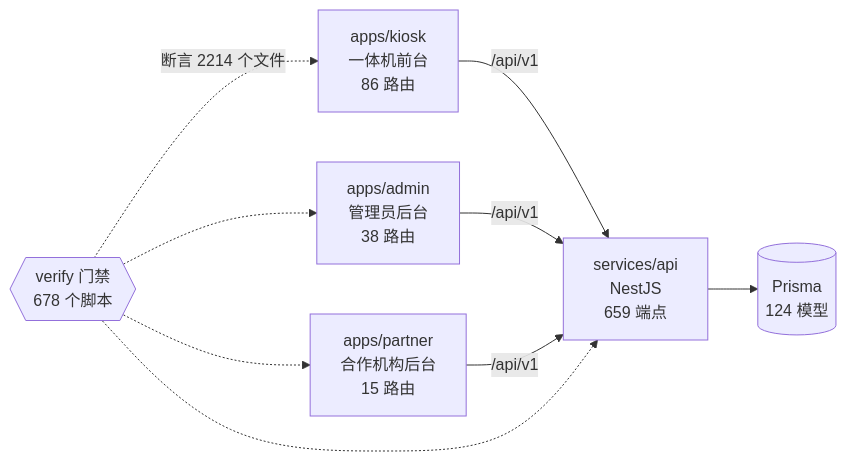
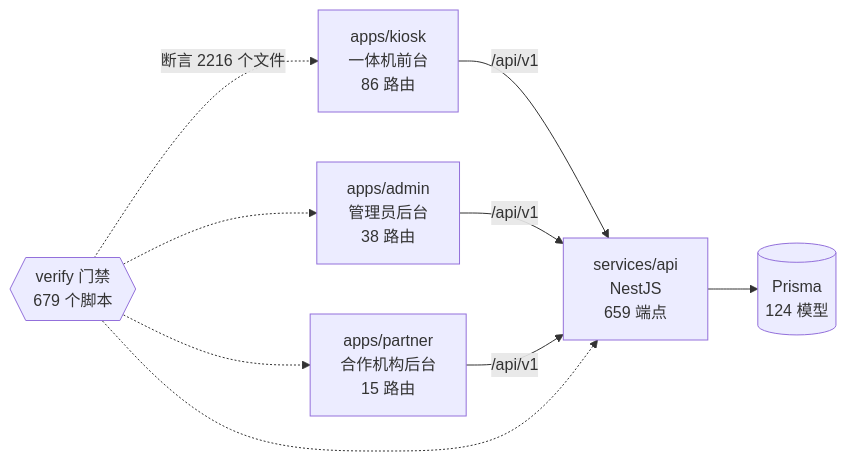
Before and after one commit to wanglei581/YITIJI: the diagram in docs/graph/README.md, drawn with Mermaid. The commit also changed other lines of this file and 1 other file, not shown here.

Commit message:
项目图谱说明里的门禁计数与已入库的 graph.json 对齐。

````diff
--- a/docs/graph/README.md
+++ b/docs/graph/README.md
@@ -68,18 +68,18 @@
 ```mermaid
 flowchart LR
   kiosk["apps/kiosk<br/>一体机前台<br/>86 路由"]
   admin["apps/admin<br/>管理员后台<br/>38 路由"]
   partner["apps/partner<br/>合作机构后台<br/>15 路由"]
   api["services/api<br/>NestJS<br/>659 端点"]
   db[("Prisma<br/>124 模型")]
-  gates{{"verify 门禁<br/>678 个脚本"}}
+  gates{{"verify 门禁<br/>679 个脚本"}}
 
   kiosk -->|"/api/v1"| api
   admin -->|"/api/v1"| api
   partner -->|"/api/v1"| api
   api --> db
-  gates -.->|"断言 2214 个文件"| kiosk
+  gates -.->|"断言 2216 个文件"| kiosk
   gates -.-> admin
   gates -.-> partner
   gates -.-> api
 ```
````
